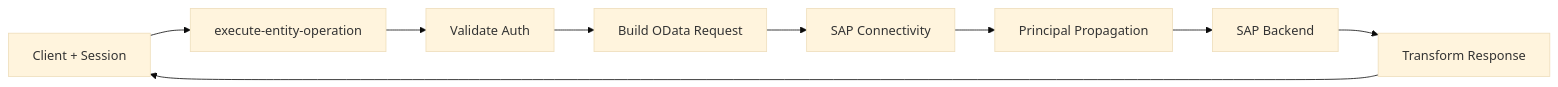
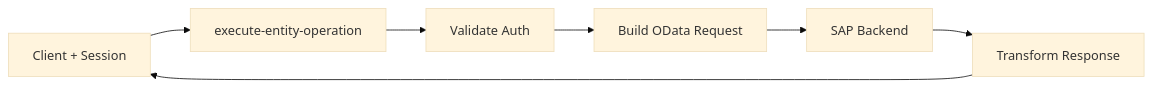
The fourth of 5 diagrams in docs/ARCHITECTURE.md (Raistlin82/btp-sap-odata-to-mcp-server-optimized), drawn with Mermaid (base theme) before and after one commit. The commit also changed other lines of this file and 10 other files, not shown here.

````diff
--- a/docs/ARCHITECTURE.md
+++ b/docs/ARCHITECTURE.md
@@ -304,11 +117,9 @@
 ```mermaid
 graph LR
     A[Client + Session] --> B[execute-entity-operation]
     B --> C[Validate Auth]
     C --> D[Build OData Request]
-    D --> E[SAP Connectivity]
-    E --> F[Principal Propagation]
-    F --> G[SAP Backend]
-    G --> H[Transform Response]
-    H --> A
+    D --> E[SAP Backend]
+    E --> F[Transform Response]
+    F --> A
 ```
````
